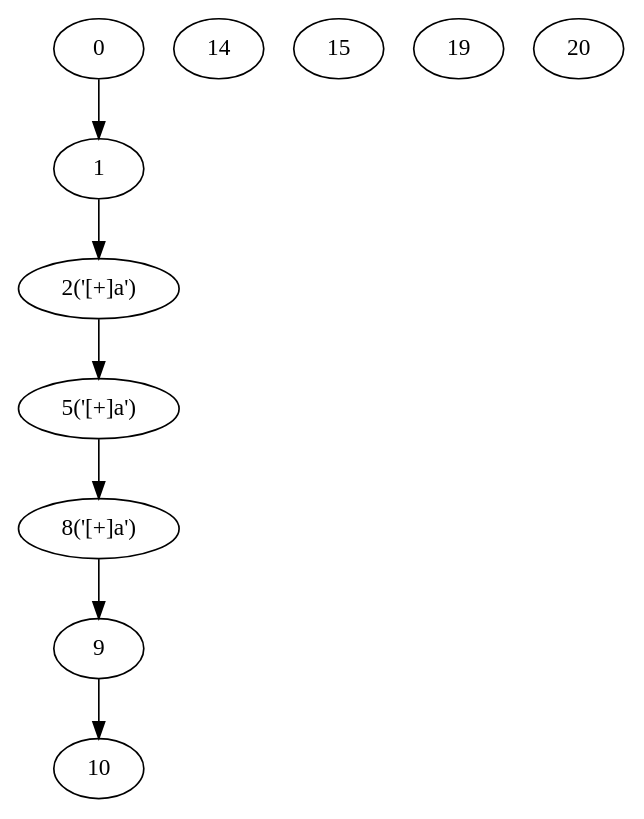
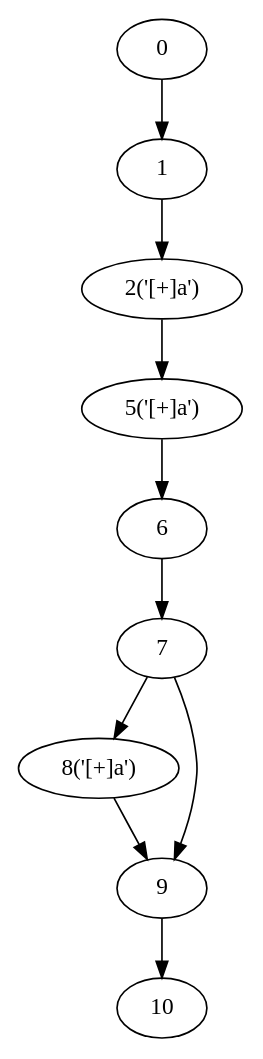
The diagram in NRegex.Test/Graphs/TestMethod15.dot (yyl-20020115/NRegEx), drawn with Graphviz before and after one commit. The commit also changed 14 other files, not shown here.

```diff
--- a/NRegex.Test/Graphs/TestMethod15.dot
+++ b/NRegex.Test/Graphs/TestMethod15.dot
@@ -1,21 +1,20 @@
 digraph g {
 	0 ;
 	1 ;
 	2 [label="2('[+]a')"];
 	5 [label="5('[+]a')"];
+	6 ;
+	7 ;
 	8 [label="8('[+]a')"];
 	9 ;
-	9 ;
 	10 ;
-	10 ;
-	14 ;
-	15 ;
-	19 ;
-	20 ;
 	0->1;
 	1->2;
 	2->5;
-	5->8;
+	5->6;
+	6->7;
+	7->8;
+	7->9;
 	8->9;
 	9->10;
 }
```
